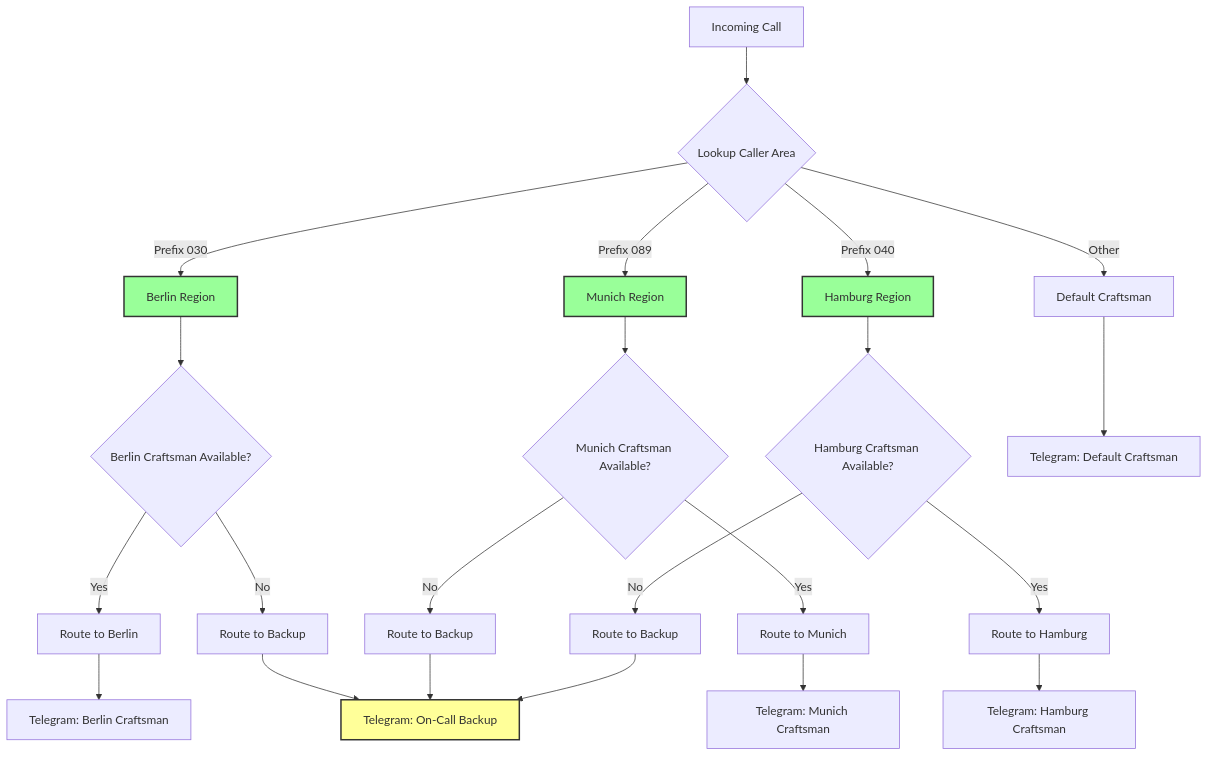
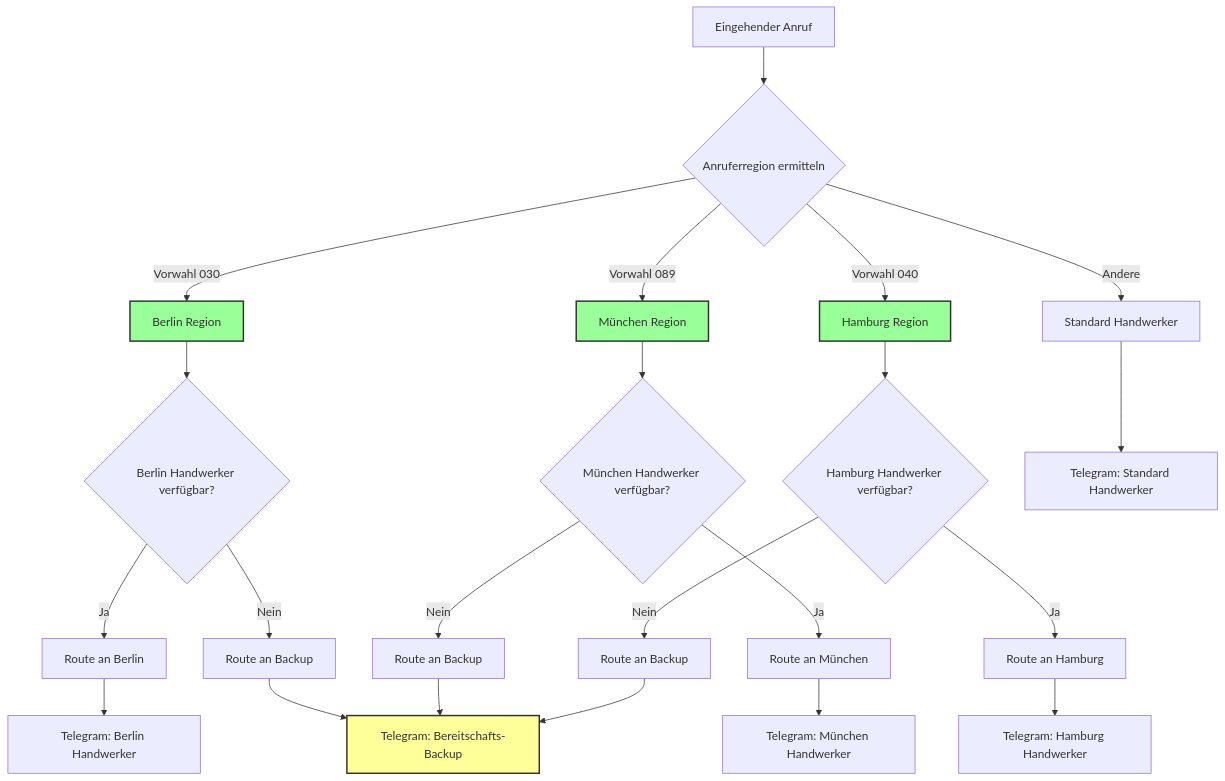
The ninth of 9 diagrams in ARCHITECTURE.md (avion23/meisteranruf-backend), drawn with Mermaid before and after one commit. The commit also changed other lines of this file and 3 other files, not shown here.

````diff
--- a/ARCHITECTURE.md
+++ b/ARCHITECTURE.md
@@ -582,37 +582,37 @@
 ```mermaid
 flowchart TD
-    Start[Incoming Call] --> Lookup{Lookup Caller Area}
+    Start[Eingehender Anruf] --> Lookup{Anruferregion ermitteln}
     
-    Lookup -->|Prefix 030| Berlin[Berlin Region]
-    Lookup -->|Prefix 089| Munich[Munich Region]
-    Lookup -->|Prefix 040| Hamburg[Hamburg Region]
-    Lookup -->|Other| Default[Default Craftsman]
+    Lookup -->|Vorwahl 030| Berlin[Berlin Region]
+    Lookup -->|Vorwahl 089| Munich[München Region]
+    Lookup -->|Vorwahl 040| Hamburg[Hamburg Region]
+    Lookup -->|Andere| Default[Standard Handwerker]
     
-    Berlin --> CheckB{Berlin Craftsman Available?}
-    Munich --> CheckM{Munich Craftsman Available?}
-    Hamburg --> CheckH{Hamburg Craftsman Available?}
+    Berlin --> CheckB{Berlin Handwerker verfügbar?}
+    Munich --> CheckM{München Handwerker verfügbar?}
+    Hamburg --> CheckH{Hamburg Handwerker verfügbar?}
     
-    CheckB -->|Yes| RouteB[Route to Berlin]
-    CheckB -->|No| RouteB2[Route to Backup]
+    CheckB -->|Ja| RouteB[Route an Berlin]
+    CheckB -->|Nein| RouteB2[Route an Backup]
     
-    CheckM -->|Yes| RouteM[Route to Munich]
-    CheckM -->|No| RouteM2[Route to Backup]
+    CheckM -->|Ja| RouteM[Route an München]
+    CheckM -->|Nein| RouteM2[Route an Backup]
     
-    CheckH -->|Yes| RouteH[Route to Hamburg]
-    CheckH -->|No| RouteH2[Route to Backup]
+    CheckH -->|Ja| RouteH[Route an Hamburg]
+    CheckH -->|Nein| RouteH2[Route an Backup]
     
-    RouteB --> AlertB[Telegram: Berlin Craftsman]
-    RouteM --> AlertM[Telegram: Munich Craftsman]
-    RouteH --> AlertH[Telegram: Hamburg Craftsman]
+    RouteB --> AlertB[Telegram: Berlin Handwerker]
+    RouteM --> AlertM[Telegram: München Handwerker]
+    RouteH --> AlertH[Telegram: Hamburg Handwerker]
     
-    RouteB2 --> AlertBackup[Telegram: On-Call Backup]
+    RouteB2 --> AlertBackup[Telegram: Bereitschafts-Backup]
     RouteM2 --> AlertBackup
     RouteH2 --> AlertBackup
     
-    Default --> AlertDefault[Telegram: Default Craftsman]
+    Default --> AlertDefault[Telegram: Standard Handwerker]
     
     style Berlin fill:#9f9,stroke:#333,stroke-width:2px
     style Munich fill:#9f9,stroke:#333,stroke-width:2px
     style Hamburg fill:#9f9,stroke:#333,stroke-width:2px
     style AlertBackup fill:#ff9,stroke:#333,stroke-width:2px
 ```
````
